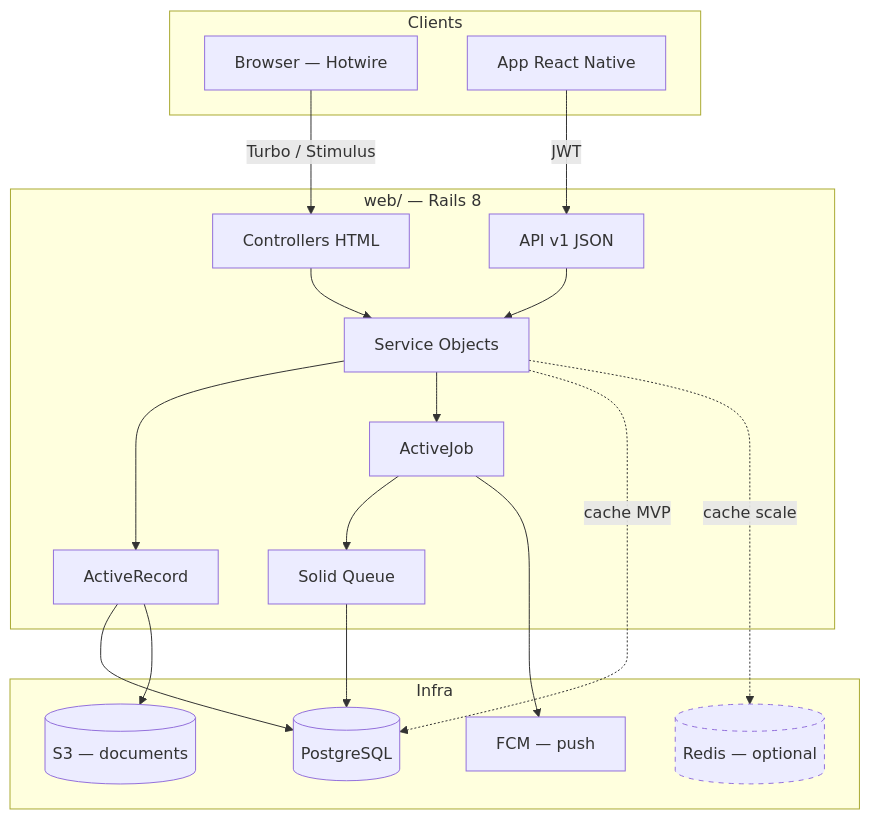
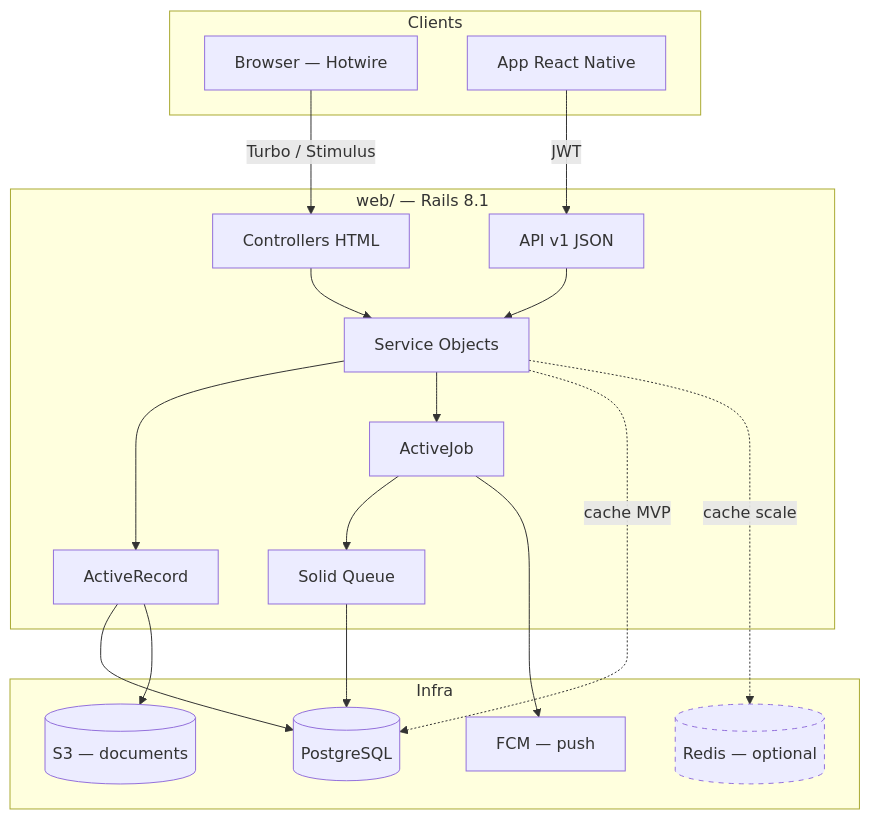
One commit to DLA-Solutions/school_lab changed the first of 3 diagrams in docs/web-stack.md. Above: the diagram before and after it, drawn with Mermaid. The commit also changed other lines of this file and 8 other files, not shown here.

First line of the commit message:
docs: pin Ruby 4.0 and Rails 8.1 in web stack documentation

````diff
--- a/docs/web-stack.md
+++ b/docs/web-stack.md
@@ -172,44 +174,44 @@
 ```mermaid
 flowchart TB
     subgraph clients [Clients]
         Browser[Browser — Hotwire]
         MobileApp[App React Native]
     end
 
-    subgraph web [web/ — Rails 8]
+    subgraph web [web/ — Rails 8.1]
         HTML[Controllers HTML]
         API[API v1 JSON]
         Services[Service Objects]
         Models[ActiveRecord]
         Jobs[ActiveJob]
         SQ[Solid Queue]
     end
 
     subgraph infra [Infra]
         PG[(PostgreSQL)]
         Redis[(Redis — optional)]
         S3[(S3 — documents)]
         FCM[FCM — push]
     end
 
     Browser -->|Turbo / Stimulus| HTML
     MobileApp -->|JWT| API
 
     HTML --> Services
     API --> Services
     Services --> Models
     Services --> Jobs
 
     Jobs --> SQ
     SQ --> PG
     Jobs --> FCM
 
     Models --> PG
     Models --> S3
 
     Services -.->|cache MVP| PG
     Services -.->|cache scale| Redis
 
     classDef optional stroke-dasharray: 5 5
     class Redis optional
 ```
````
